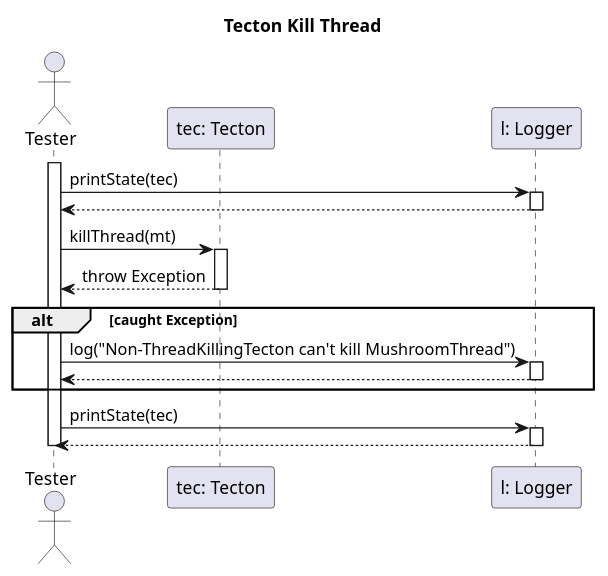
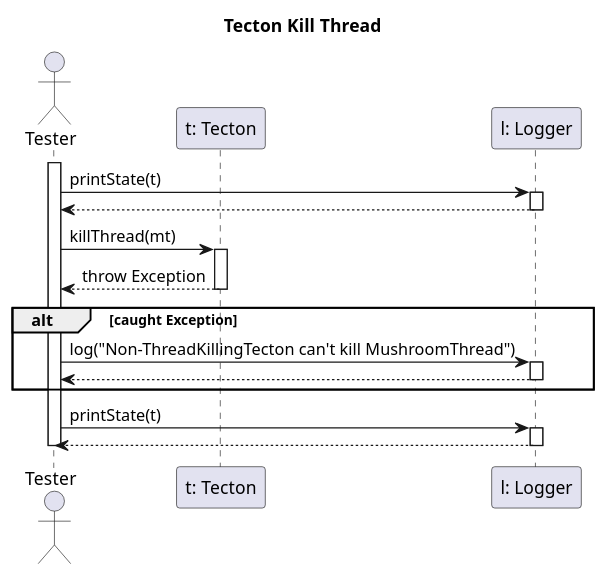
The diagram in diagrams/test-sequence/tectonKillThread.puml (dzsem/projlab), drawn with PlantUML before and after one commit. The commit also changed 12 other files, not shown here.

```diff
--- a/diagrams/test-sequence/tectonKillThread.puml
+++ b/diagrams/test-sequence/tectonKillThread.puml
@@ -1,36 +1,36 @@
 @startuml tectonKillThreadTest
 
 title Tecton Kill Thread
 
 actor "Tester" as tst
-participant "tec: Tecton" as tec
+participant "t: Tecton" as t
 participant "l: Logger" as l
 
 activate tst
 
-tst -> l: printState(tec)
+tst -> l: printState(t)
 activate l
 tst <-- l
 deactivate l
 
-tst -> tec: killThread(mt)
-activate tec
+tst -> t: killThread(mt)
+activate t
 
-tst <-- tec: throw Exception
-deactivate tec
+tst <-- t: throw Exception
+deactivate t
 
 alt caught Exception
         tst -> l: log("Non-ThreadKillingTecton can't kill MushroomThread")
         activate l
         tst <-- l
         deactivate l    
     end
 
-tst -> l: printState(tec)
+tst -> l: printState(t)
 activate l
 tst <-- l
 deactivate l
 
 deactivate tst
 
 @enduml
```
